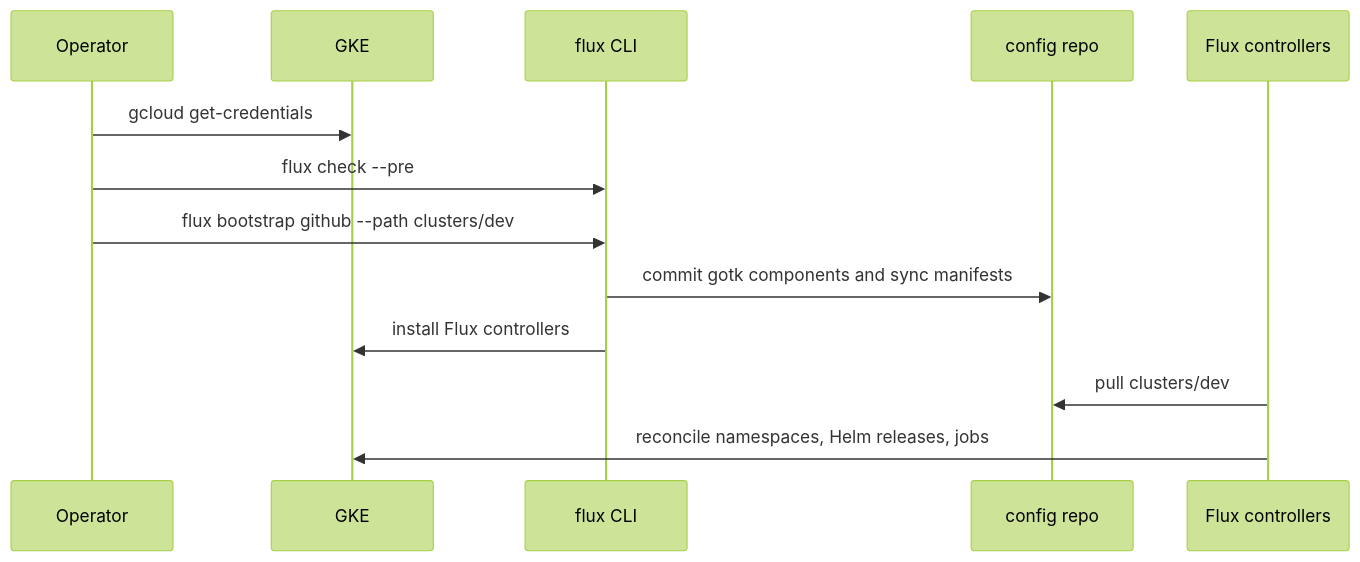
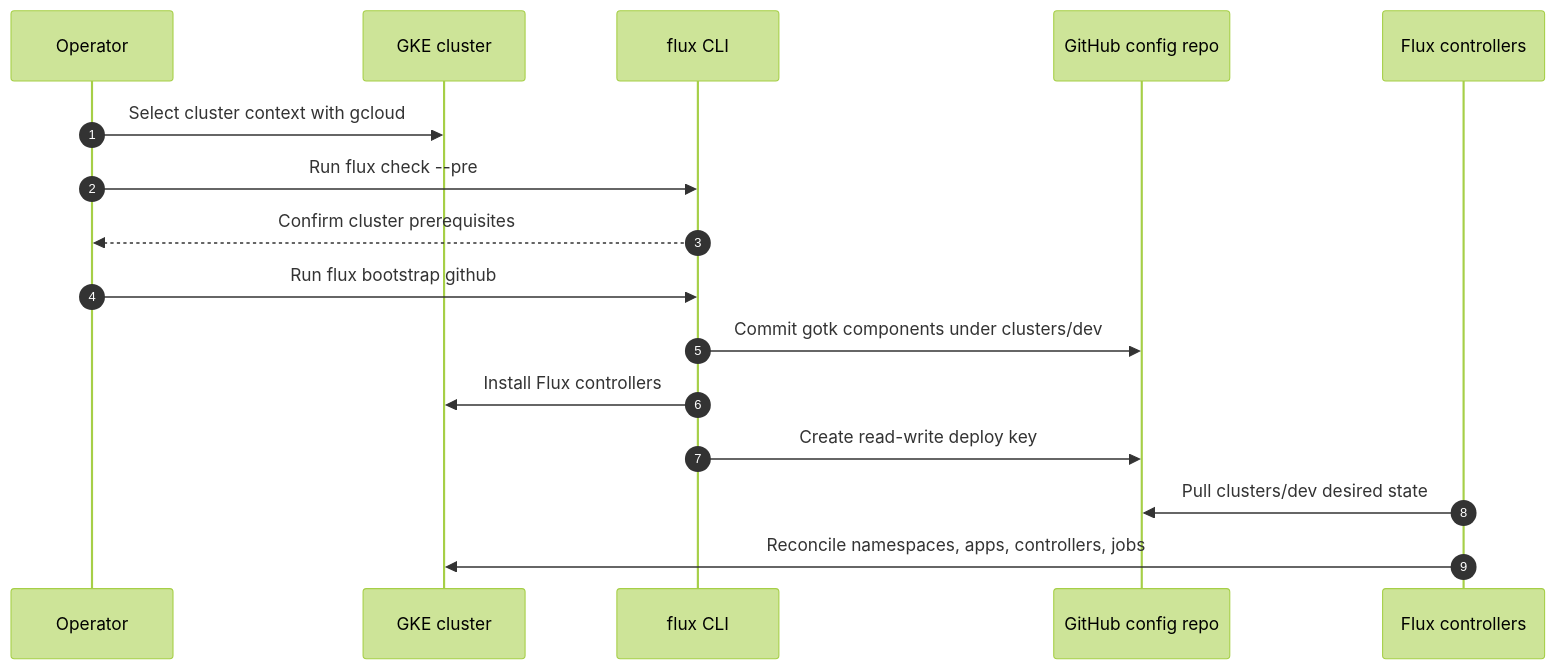
The second of 8 diagrams in docs/architecture.md (werpo78/videorank-mlops-app), drawn with Mermaid (forest theme) before and after one commit. The commit also changed other lines of this file, not shown here.

Commit message:
Clarify architecture diagrams

````diff
--- a/docs/architecture.md
+++ b/docs/architecture.md
@@ -44,16 +70,19 @@
 ```mermaid
 sequenceDiagram
-    participant Operator
-    participant GKE
-    participant FluxCLI as flux CLI
-    participant GitHub as config repo
-    participant Controllers as Flux controllers
+    autonumber
+    participant Operator as Operator
+    participant GKE as GKE cluster
+    participant CLI as flux CLI
+    participant GitHub as GitHub config repo
+    participant Flux as Flux controllers
 
-    Operator->>GKE: gcloud get-credentials
-    Operator->>FluxCLI: flux check --pre
-    Operator->>FluxCLI: flux bootstrap github --path clusters/dev
-    FluxCLI->>GitHub: commit gotk components and sync manifests
-    FluxCLI->>GKE: install Flux controllers
-    Controllers->>GitHub: pull clusters/dev
-    Controllers->>GKE: reconcile namespaces, Helm releases, jobs
+    Operator->>GKE: Select cluster context with gcloud
+    Operator->>CLI: Run flux check --pre
+    CLI-->>Operator: Confirm cluster prerequisites
+    Operator->>CLI: Run flux bootstrap github
+    CLI->>GitHub: Commit gotk components under clusters/dev
+    CLI->>GKE: Install Flux controllers
+    CLI->>GitHub: Create read-write deploy key
+    Flux->>GitHub: Pull clusters/dev desired state
+    Flux->>GKE: Reconcile namespaces, apps, controllers, jobs
 ```
````
